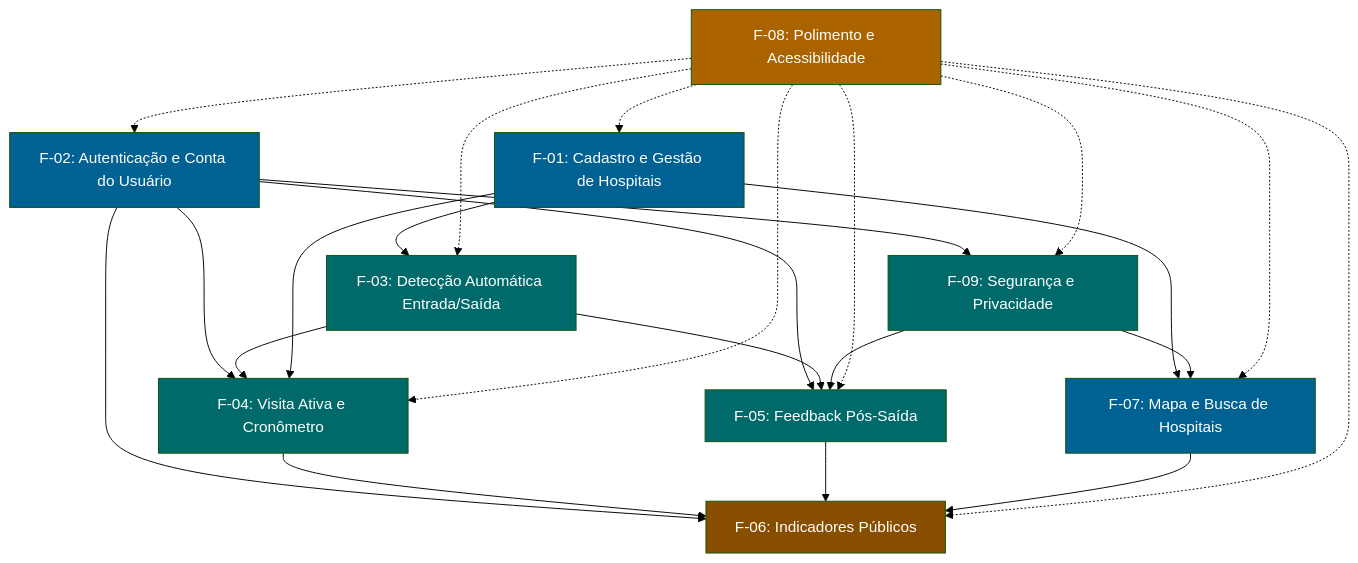
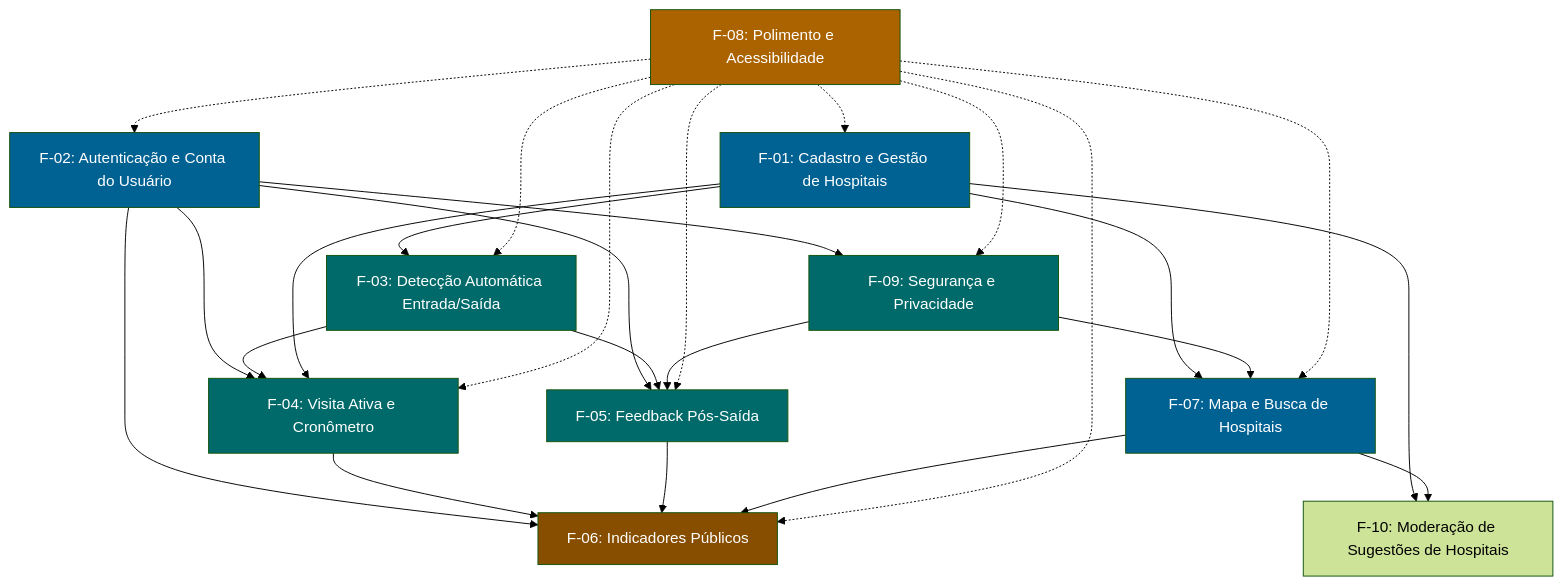
One commit to GabrielVogado/saude-monitor changed the first of 2 diagrams in Documentos/05-features/Features-MVP-v2.0.md. Above: the diagram before and after it, drawn with Mermaid (forest theme). The commit also changed other lines of this file and 21 other files, not shown here.

````diff
--- a/Documentos/05-features/Features-MVP-v2.0.md
+++ b/Documentos/05-features/Features-MVP-v2.0.md
@@ -396,36 +437,38 @@
 ```mermaid
 graph TD
     F01["F-01: Cadastro e Gestão de Hospitais"] --> F03["F-03: Detecção Automática Entrada/Saída"]
     F01 --> F07["F-07: Mapa e Busca de Hospitais"]
+    F01 --> F10["F-10: Moderação de Sugestões de Hospitais"]
     F02["F-02: Autenticação e Conta do Usuário"] --> F04["F-04: Visita Ativa e Cronômetro"]
     F02 --> F05["F-05: Feedback Pós-Saída"]
     F02 --> F06["F-06: Indicadores Públicos"]
     F02 --> F09["F-09: Segurança e Privacidade"]
     F03 --> F04
     F03 --> F05
     F04 --> F06
     F05 --> F06
     F01 --> F04
     F07 --> F06
+    F07 --> F10
     F09 --> F05
     F09 --> F07
 
     F08["F-08: Polimento e Acessibilidade"] -.-> F01
     F08 -.-> F02
     F08 -.-> F03
     F08 -.-> F04
     F08 -.-> F05
     F08 -.-> F06
     F08 -.-> F07
     F08 -.-> F09
 
     style F01 fill:#006193,color:#fff
     style F02 fill:#006193,color:#fff
     style F03 fill:#006a6a,color:#fff
     style F04 fill:#006a6a,color:#fff
     style F05 fill:#006a6a,color:#fff
     style F06 fill:#884e00,color:#fff
     style F07 fill:#006193,color:#fff
     style F08 fill:#ab6300,color:#fff
     style F09 fill:#006a6a,color:#fff
 ```
````
